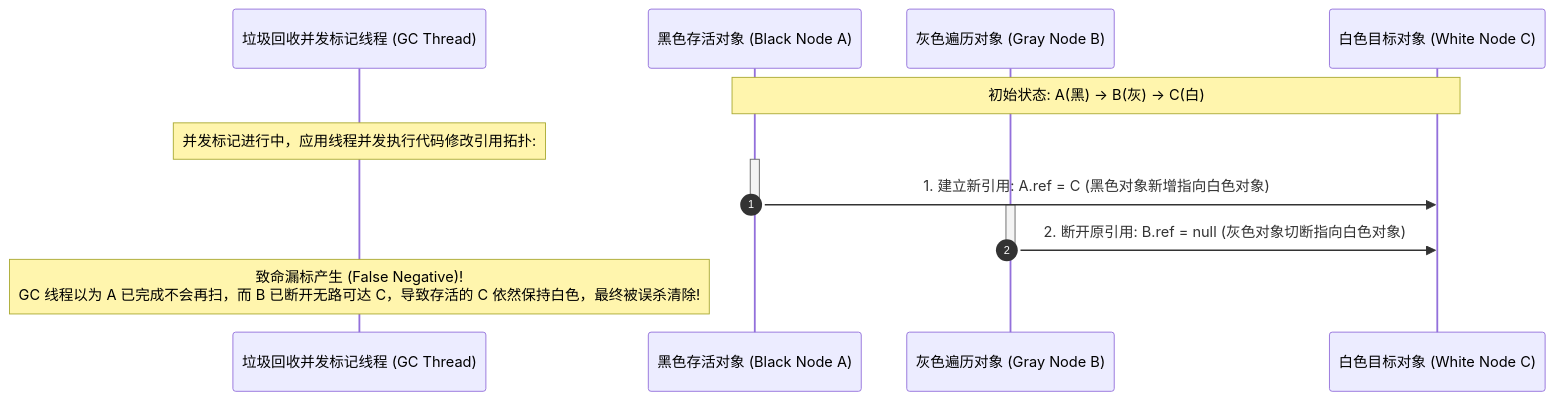
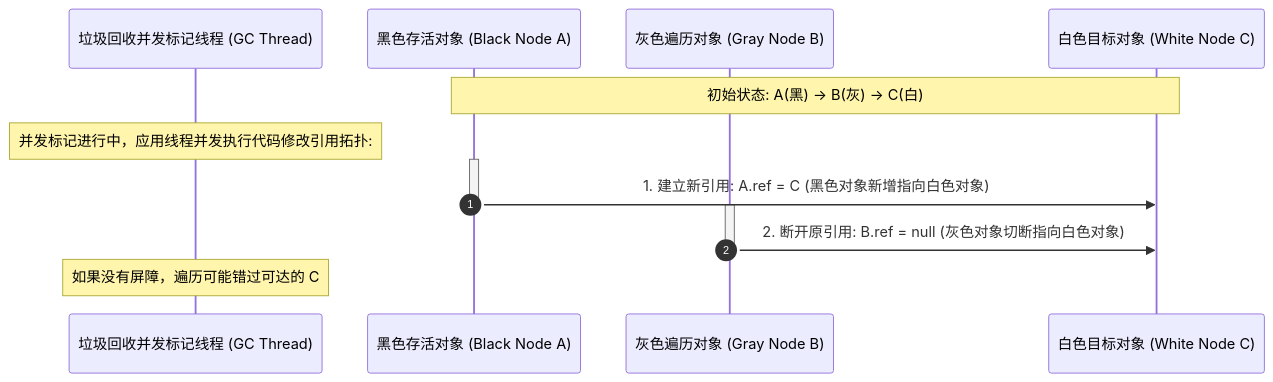
One commit to tieke1121/tech-interview-knowledge-base changed the third of 4 diagrams in 03-java-engineering/01-jvm-memory-gc.md. Above: the diagram before and after it, drawn with Mermaid. The commit also changed other lines of this file and 22 other files, not shown here.

````diff
--- a/03-java-engineering/01-jvm-memory-gc.md
+++ b/03-java-engineering/01-jvm-memory-gc.md
@@ -227,21 +179,20 @@
 ```mermaid
 sequenceDiagram
     autonumber
     participant Collector as 垃圾回收并发标记线程 (GC Thread)
     participant BlackObj as 黑色存活对象 (Black Node A)
     participant GrayObj as 灰色遍历对象 (Gray Node B)
     participant WhiteObj as 白色目标对象 (White Node C)
 
     Note over BlackObj,WhiteObj: 初始状态: A(黑) -> B(灰) -> C(白)
     Note over Collector: 并发标记进行中，应用线程并发执行代码修改引用拓扑:
-    
+
     activate BlackObj
     BlackObj->>WhiteObj: 1. 建立新引用: A.ref = C (黑色对象新增指向白色对象)
     deactivate BlackObj
 
     activate GrayObj
     GrayObj->>WhiteObj: 2. 断开原引用: B.ref = null (灰色对象切断指向白色对象)
     deactivate GrayObj
-
-    Note over Collector: 致命漏标产生 (False Negative)!<br/>GC 线程以为 A 已完成不会再扫，而 B 已断开无路可达 C，导致存活的 C 依然保持白色，最终被误杀清除!
+    Note over Collector: 如果没有屏障，遍历可能错过可达的 C
 ```
````
